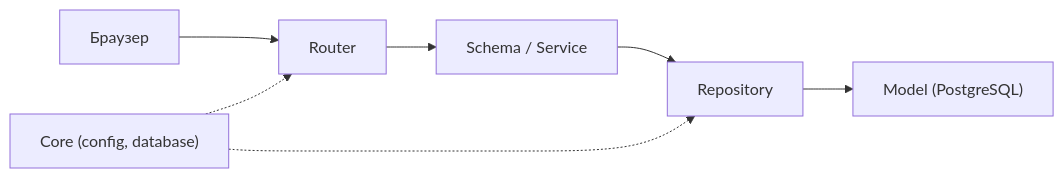
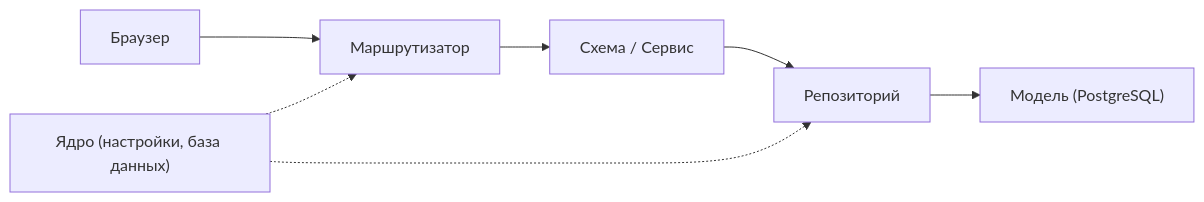
Before and after one commit to svetlanashegay-commits/Delul: the diagram in docs/layers.md, drawn with Mermaid.

````diff
--- a/docs/layers.md
+++ b/docs/layers.md
@@ -1,9 +1,9 @@
 ```mermaid
 flowchart LR
-    Browser["Браузер"] --> Router["Router"]
-    Router --> Logic["Schema / Service"]
-    Logic --> Repository["Repository"]
-    Repository --> Model["Model (PostgreSQL)"]
-    Core["Core (config, database)"] -.-> Router
+    Browser["Браузер"] --> Router["Маршрутизатор"]
+    Router --> Logic["Схема / Сервис"]
+    Logic --> Repository["Репозиторий"]
+    Repository --> Model["Модель (PostgreSQL)"]
+    Core["Ядро (настройки, база данных)"] -.-> Router
     Core -.-> Repository
 ```
````
